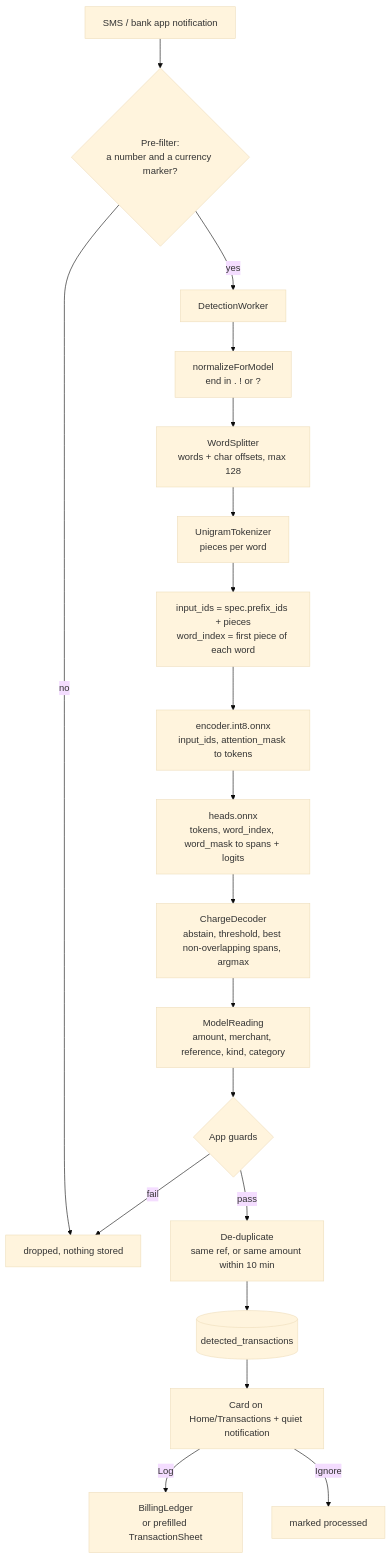
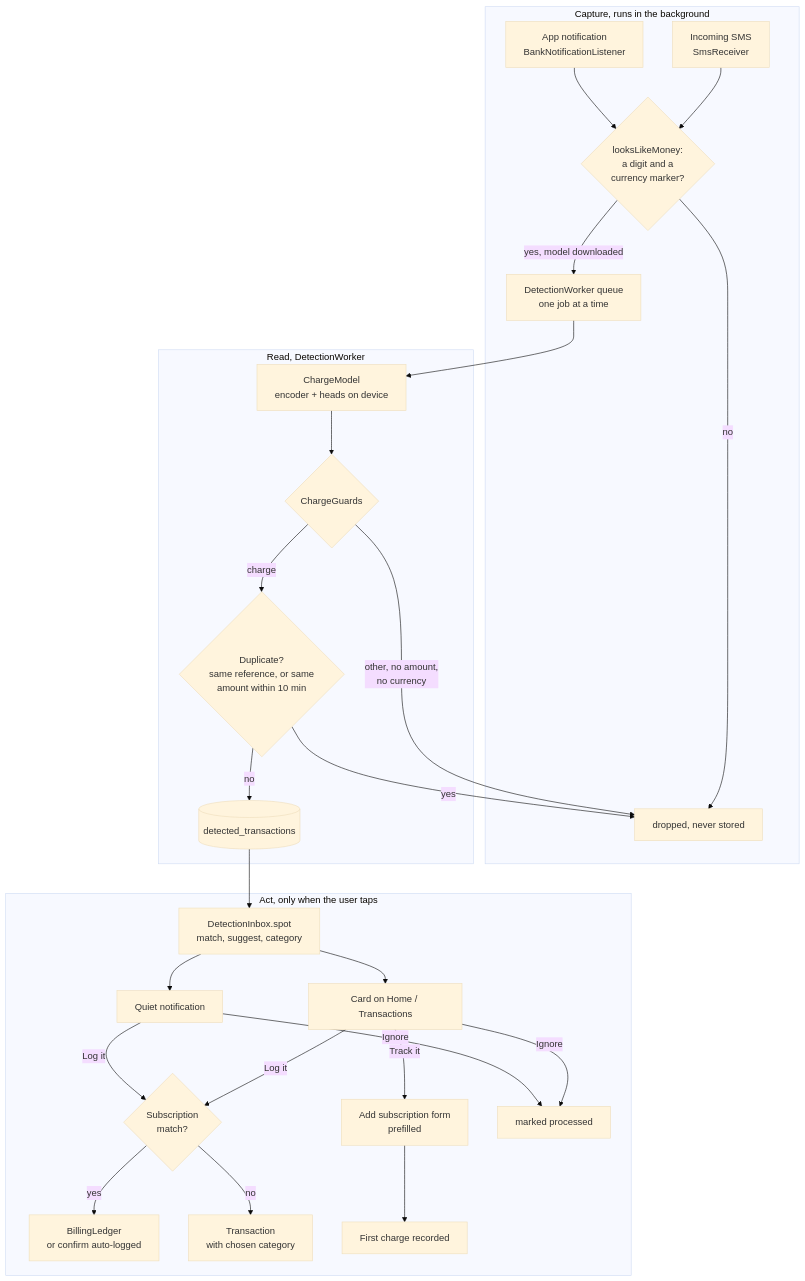
The first of 7 diagrams in ARCHITECTURE.md (WolfeLeo2/Subsy), drawn with Mermaid (base theme) before and after one commit. The commit also changed other lines of this file and 28 other files, not shown here.

First line of the commit message:
feat: Complete charge detection UI, matching, and transaction logging

````diff
--- a/ARCHITECTURE.md
+++ b/ARCHITECTURE.md
@@ -77,21 +68,28 @@
 ```mermaid
 flowchart TD
-    A[SMS / bank app notification] --> B{Pre-filter:<br/>a number and a currency marker?}
-    B -- no --> X[dropped, nothing stored]
-    B -- yes --> C[DetectionWorker]
-    C --> D[normalizeForModel<br/>end in . ! or ?]
-    D --> E[WordSplitter<br/>words + char offsets, max 128]
-    E --> F[UnigramTokenizer<br/>pieces per word]
-    F --> G[input_ids = spec.prefix_ids + pieces<br/>word_index = first piece of each word]
-    G --> H[encoder.int8.onnx<br/>input_ids, attention_mask to tokens]
-    H --> I[heads.onnx<br/>tokens, word_index, word_mask to spans + logits]
-    I --> J[ChargeDecoder<br/>abstain, threshold, best non-overlapping spans, argmax]
-    J --> K[ModelReading<br/>amount, merchant, reference, kind, category]
-    K --> L{App guards}
-    L -- fail --> X
-    L -- pass --> M[De-duplicate<br/>same ref, or same amount within 10 min]
-    M --> N[(detected_transactions)]
-    N --> O[Card on Home/Transactions + quiet notification]
-    O -- Log --> P[BillingLedger<br/>or prefilled TransactionSheet]
-    O -- Ignore --> Q[marked processed]
+    subgraph capture [Capture, runs in the background]
+        SMS[Incoming SMS<br/>SmsReceiver] --> PF
+        NOTI[App notification<br/>BankNotificationListener] --> PF
+        PF{looksLikeMoney:<br/>a digit and a<br/>currency marker?}
+        PF -- no --> DROP[dropped, never stored]
+        PF -- yes, model downloaded --> Q[DetectionWorker queue<br/>one job at a time]
+    end
+    subgraph read [Read, DetectionWorker]
+        Q --> M[ChargeModel<br/>encoder + heads on device]
+        M --> G{ChargeGuards}
+        G -- other, no amount,<br/>no currency --> DROP
+        G -- charge --> D{Duplicate?<br/>same reference, or same<br/>amount within 10 min}
+        D -- yes --> DROP
+        D -- no --> DB[(detected_transactions)]
+    end
+    subgraph act [Act, only when the user taps]
+        DB --> IN[DetectionInbox.spot<br/>match, suggest, category]
+        IN --> CARD[Card on Home / Transactions]
+        IN --> NOTIF[Quiet notification]
+        CARD & NOTIF -- Log it --> LOG{Subscription<br/>match?}
+        LOG -- yes --> LEDGER[BillingLedger<br/>or confirm auto-logged]
+        LOG -- no --> TX[Transaction<br/>with chosen category]
+        CARD -- Track it --> ADD[Add subscription form<br/>prefilled] --> FIRST[First charge recorded]
+        CARD & NOTIF -- Ignore --> DONE[marked processed]
+    end
 ```
````
